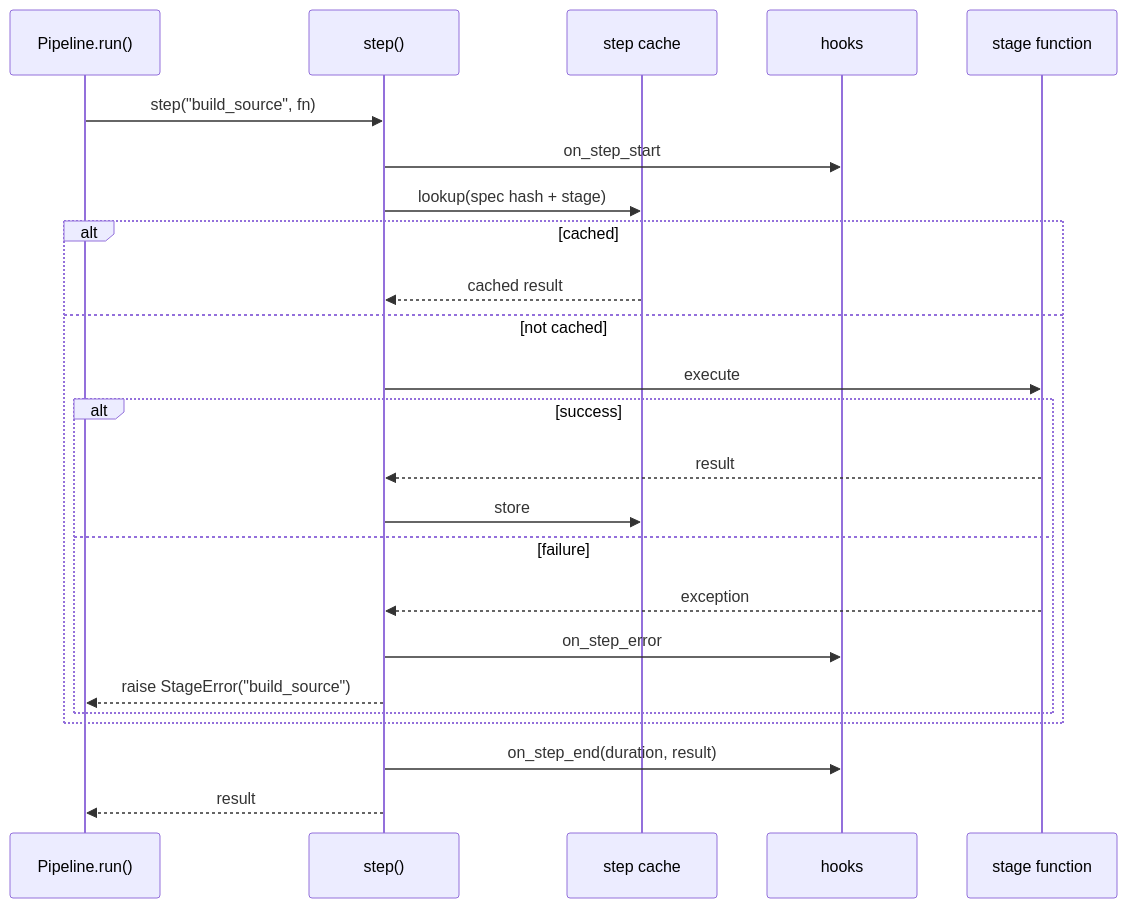
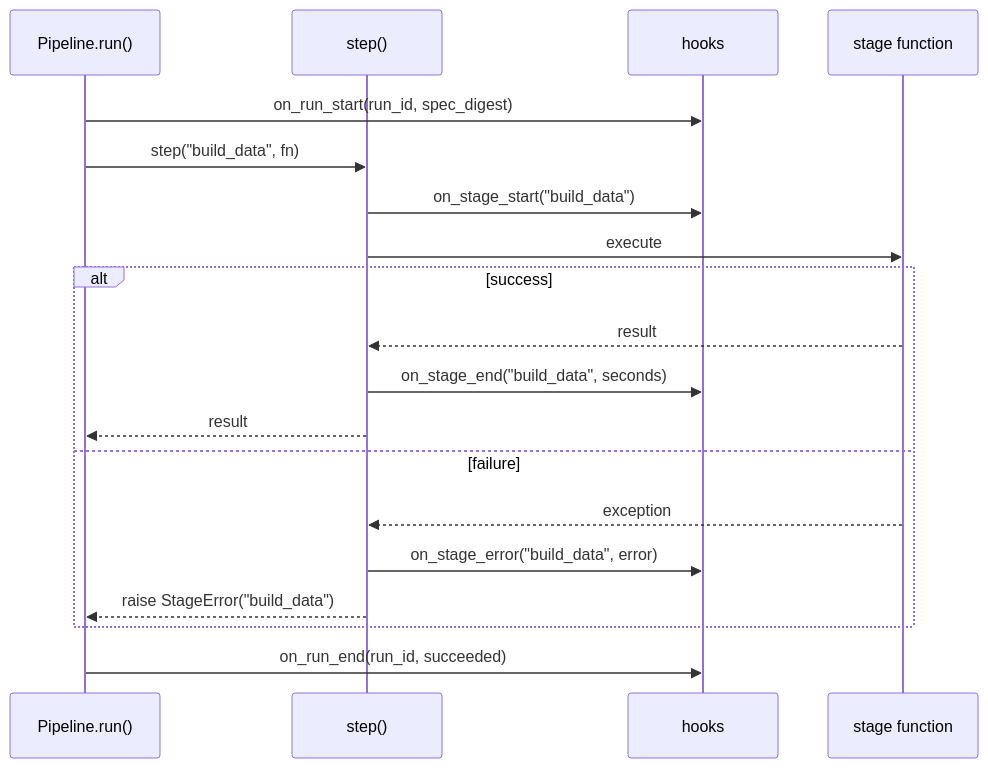
The seventh of 18 diagrams in src/rade_qnet/docs/ARCHITECTURE.md (JStevens95/QuantStrata), drawn with Mermaid before and after one commit. The commit also changed other lines of this file and 2 other files, not shown here.

First line of the commit message:
Bring ARCHITECTURE.md up to date, and mark what is planned

````diff
--- a/src/rade_qnet/docs/ARCHITECTURE.md
+++ b/src/rade_qnet/docs/ARCHITECTURE.md
@@ -319,27 +370,22 @@
 ```mermaid
 sequenceDiagram
     participant P as Pipeline.run()
     participant S as step()
-    participant C as step cache
     participant H as hooks
     participant F as stage function
 
-    P->>S: step("build_source", fn)
-    S->>H: on_step_start
-    S->>C: lookup(spec hash + stage)
-    alt cached
-        C-->>S: cached result
-    else not cached
-        S->>F: execute
-        alt success
-            F-->>S: result
-            S->>C: store
-        else failure
-            F-->>S: exception
-            S->>H: on_step_error
-            S-->>P: raise StageError("build_source")
-        end
+    P->>H: on_run_start(run_id, spec_digest)
+    P->>S: step("build_data", fn)
+    S->>H: on_stage_start("build_data")
+    S->>F: execute
+    alt success
+        F-->>S: result
+        S->>H: on_stage_end("build_data", seconds)
+        S-->>P: result
+    else failure
+        F-->>S: exception
+        S->>H: on_stage_error("build_data", error)
+        S-->>P: raise StageError("build_data")
     end
-    S->>H: on_step_end(duration, result)
-    S-->>P: result
+    P->>H: on_run_end(run_id, succeeded)
 ```
````
